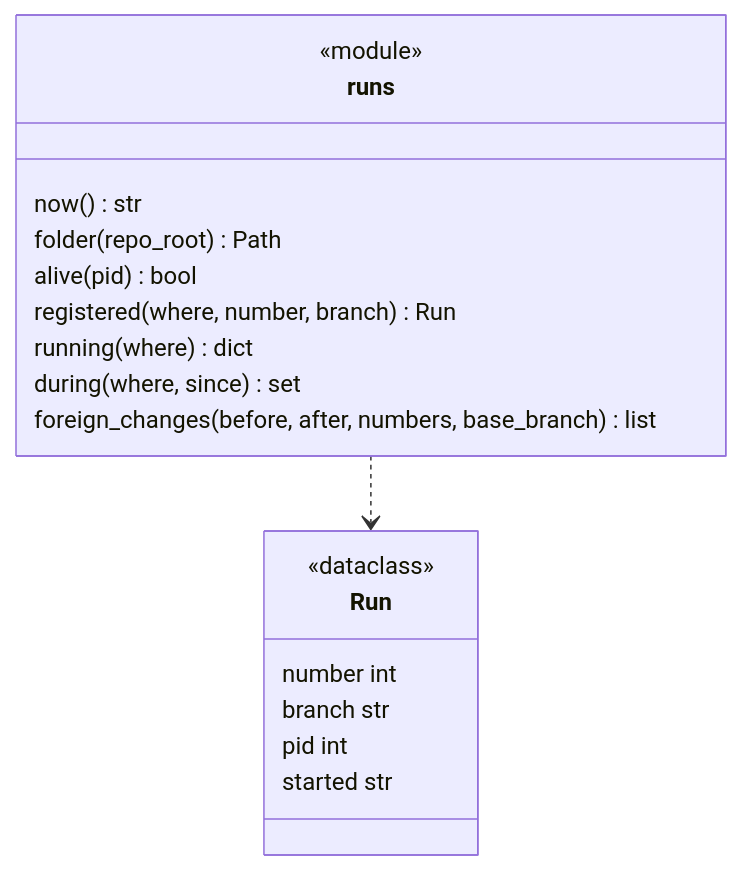
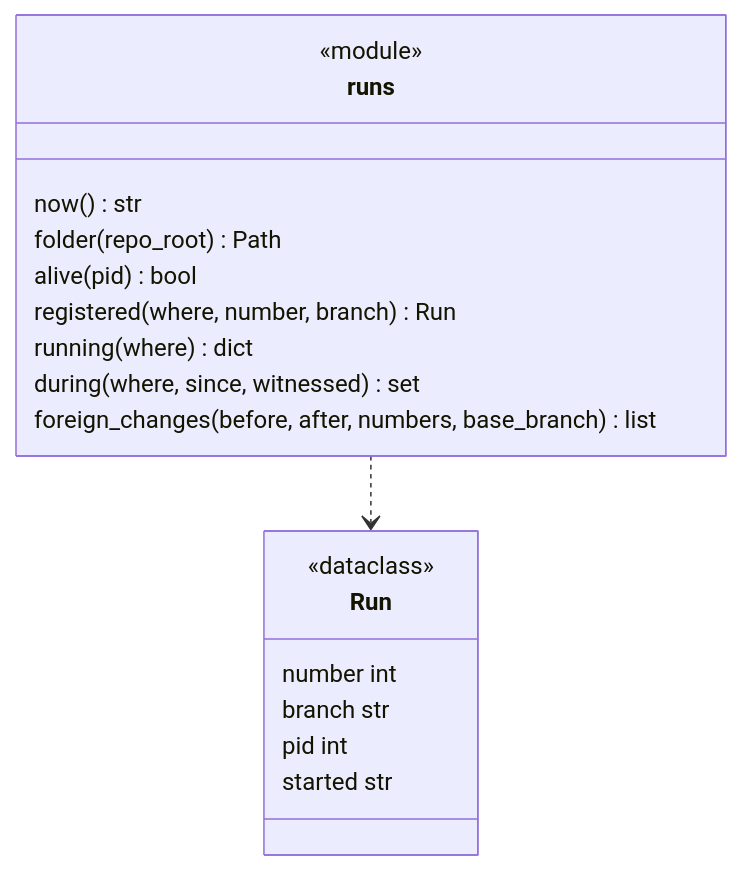
Before and after one commit to plaplanche/ariane: the second of 3 diagrams in docs/architecture/modules/runs.md, drawn with Mermaid. The commit also changed other lines of this file and 11 other files, not shown here.

````diff
--- a/docs/architecture/modules/runs.md
+++ b/docs/architecture/modules/runs.md
@@ -46,21 +49,21 @@
 ```mermaid
 classDiagram
 class Run {
   <<dataclass>>
   number int
   branch str
   pid int
   started str
 }
 class runs {
   <<module>>
   now() str
   folder(repo_root) Path
   alive(pid) bool
   registered(where, number, branch) Run
   running(where) dict
-  during(where, since) set
+  during(where, since, witnessed) set
   foreign_changes(before, after, numbers, base_branch) list
 }
 runs ..> Run
 ```
````
